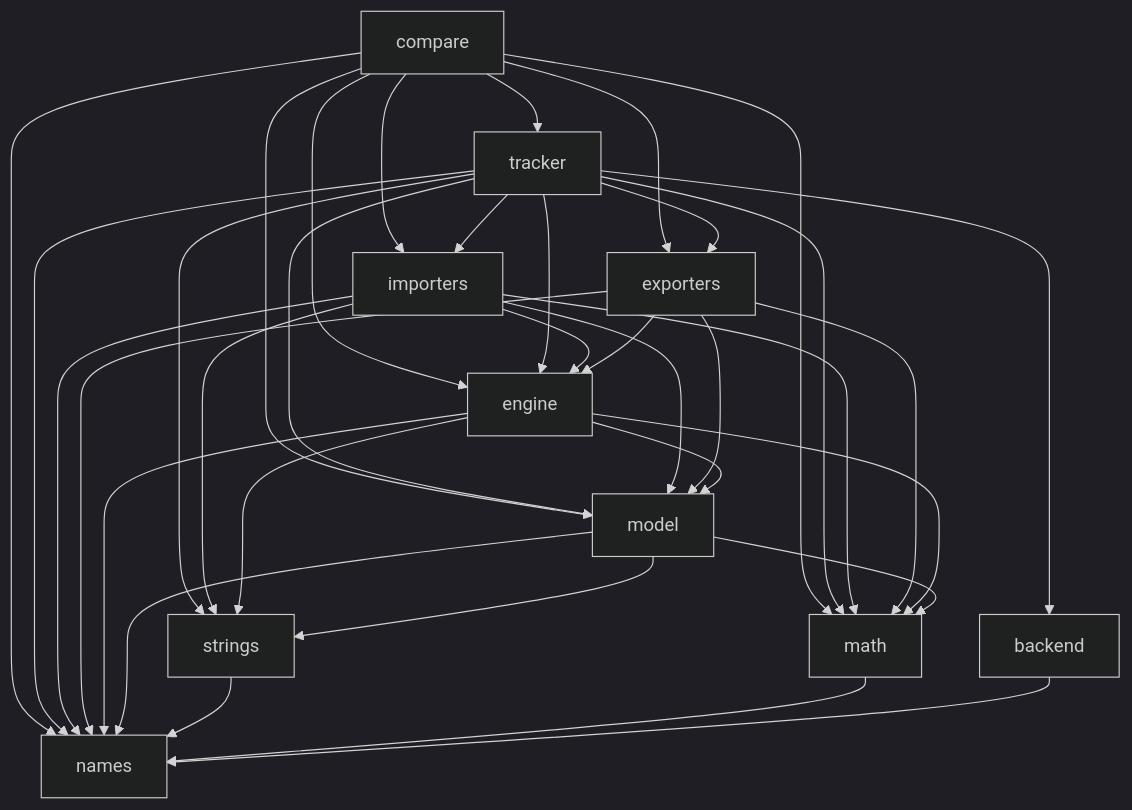
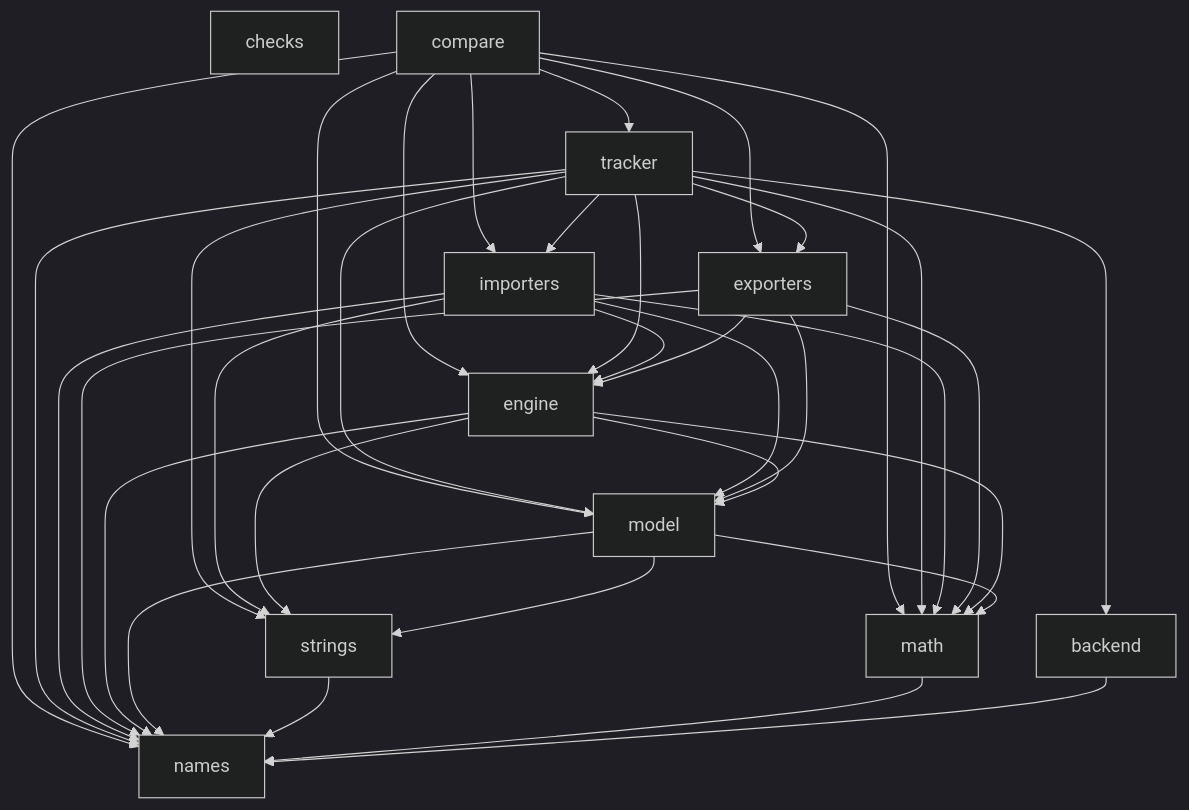
One commit to mpdehaan/llamatron changed the second of 2 diagrams in developer_docs/ARCHITECTURE.md. Above: the diagram before and after it, drawn with Mermaid (dark theme). The commit also changed other lines of this file and 11 other files, not shown here.

````diff
--- a/developer_docs/ARCHITECTURE.md
+++ b/developer_docs/ARCHITECTURE.md
@@ -84,47 +84,48 @@
 ```mermaid
 flowchart TD
+    checks["checks"]
     names["names"]
     backend["backend"]
     math["math"]
     strings["strings"]
     model["model"]
     engine["engine"]
     exporters["exporters"]
     importers["importers"]
     tracker["tracker"]
     compare["compare"]
     compare --> engine
     compare --> exporters
     compare --> importers
     compare --> math
     compare --> model
     compare --> names
     compare --> tracker
     tracker --> backend
     tracker --> engine
     tracker --> exporters
     tracker --> importers
     tracker --> math
     tracker --> model
     tracker --> names
     tracker --> strings
     importers --> engine
     importers --> math
     importers --> model
     importers --> names
     importers --> strings
     exporters --> engine
     exporters --> math
     exporters --> model
     exporters --> names
     engine --> math
     engine --> model
     engine --> names
     engine --> strings
     model --> math
     model --> names
     model --> strings
     strings --> names
     math --> names
     backend --> names
 ```
````
